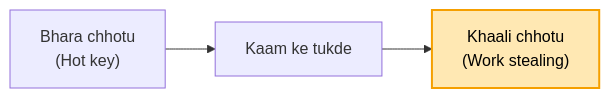
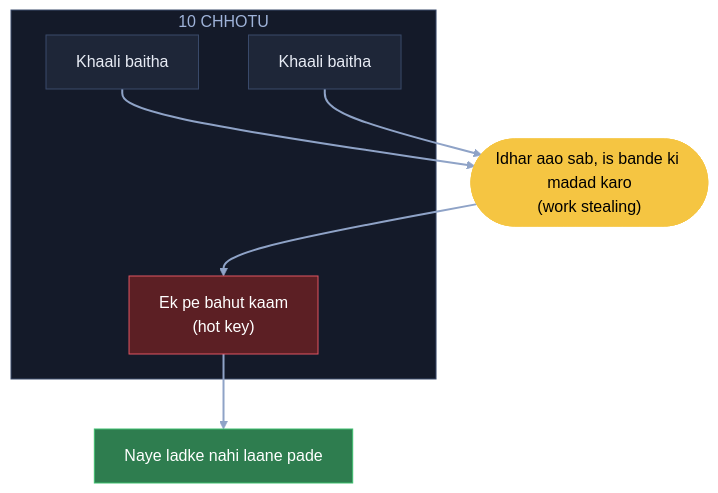
One commit to ArpanMaheshwari144/Prep changed diagram 17 of 20 in 04_HLD/SYSTEM_DESIGNS/13_banking_system/13_banking_system.md. Above: the diagram before and after it, drawn with Mermaid. The commit also changed other lines of this file, not shown here.

Commit message:
Banking: 20 diagram hand notes ke shabdon se (branch, register, diary, laptop, photocopy, chhotu)

````diff
--- a/04_HLD/SYSTEM_DESIGNS/13_banking_system/13_banking_system.md
+++ b/04_HLD/SYSTEM_DESIGNS/13_banking_system/13_banking_system.md
@@ -353,6 +552,20 @@
 ```mermaid
-flowchart LR
-    H["Bhara chhotu<br/>(Hot key)"] --> T["Kaam ke tukde"]
-    T --> F["Khaali chhotu<br/>(Work stealing)"]
-    style F fill:#ffe8b3,stroke:#f59f00,stroke-width:2px,color:#000
+flowchart TB
+    subgraph LD["10 CHHOTU"]
+        B["Ek pe bahut kaam<br/>(hot key)"]:::bad
+        F1["Khaali baitha"]:::card
+        F2["Khaali baitha"]:::card
+    end
+    W(["Idhar aao sab, is bande ki madad karo<br/>(work stealing)"]):::pill
+    OK["Naye ladke nahi laane pade"]:::good
+    F1 --> W
+    F2 --> W
+    W --> B
+    B --> OK
+    linkStyle default stroke:#8fa3c7,stroke-width:2px
+    classDef card fill:#1e2638,stroke:#3a4a6b,color:#e8ecf5
+    classDef pill fill:#f5c542,stroke:#f5c542,color:#000
+    classDef good fill:#2e7d4f,stroke:#3fbf6f,color:#fff
+    classDef bad fill:#5c1f24,stroke:#e05561,color:#fff
+    style LD fill:#141a29,stroke:#3a4a6b,color:#9fb3d9
 ```
````
